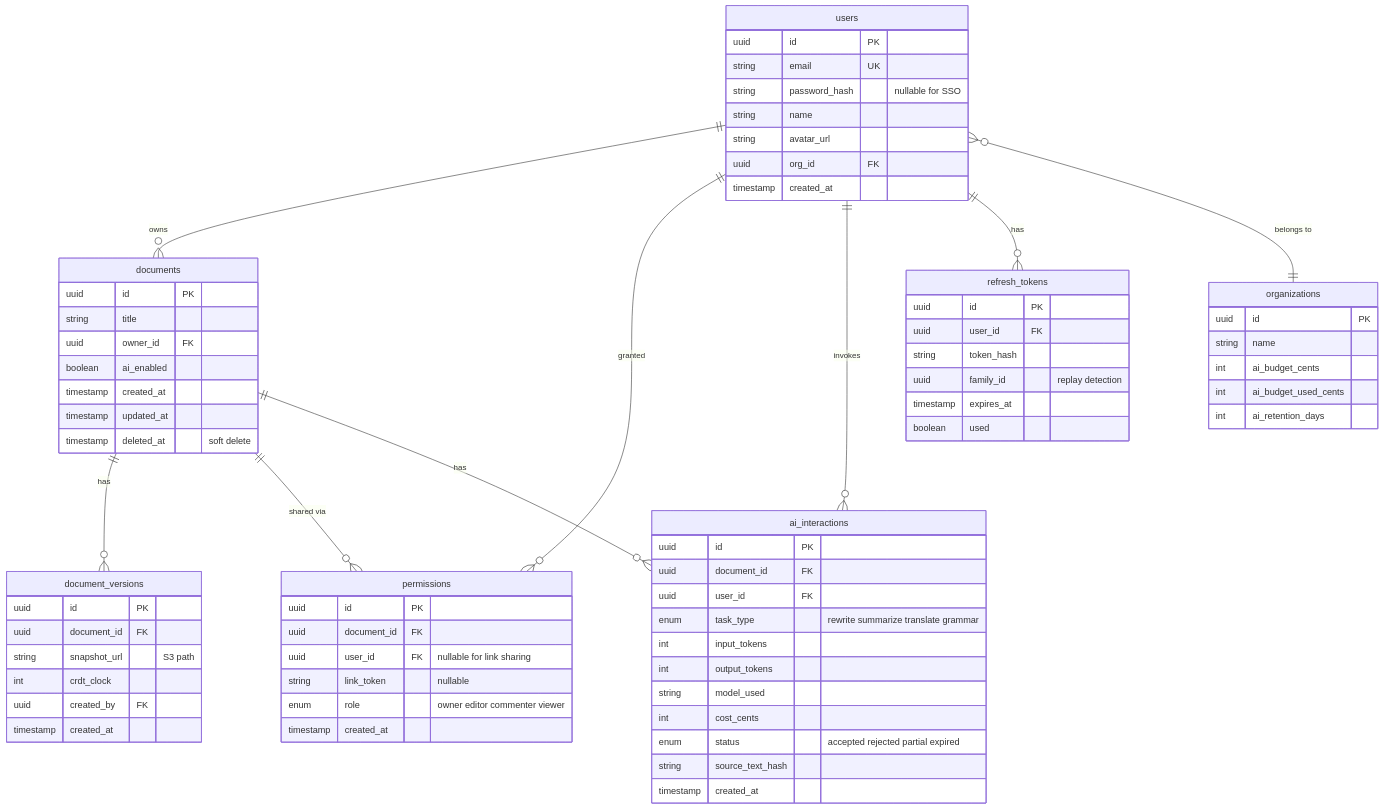
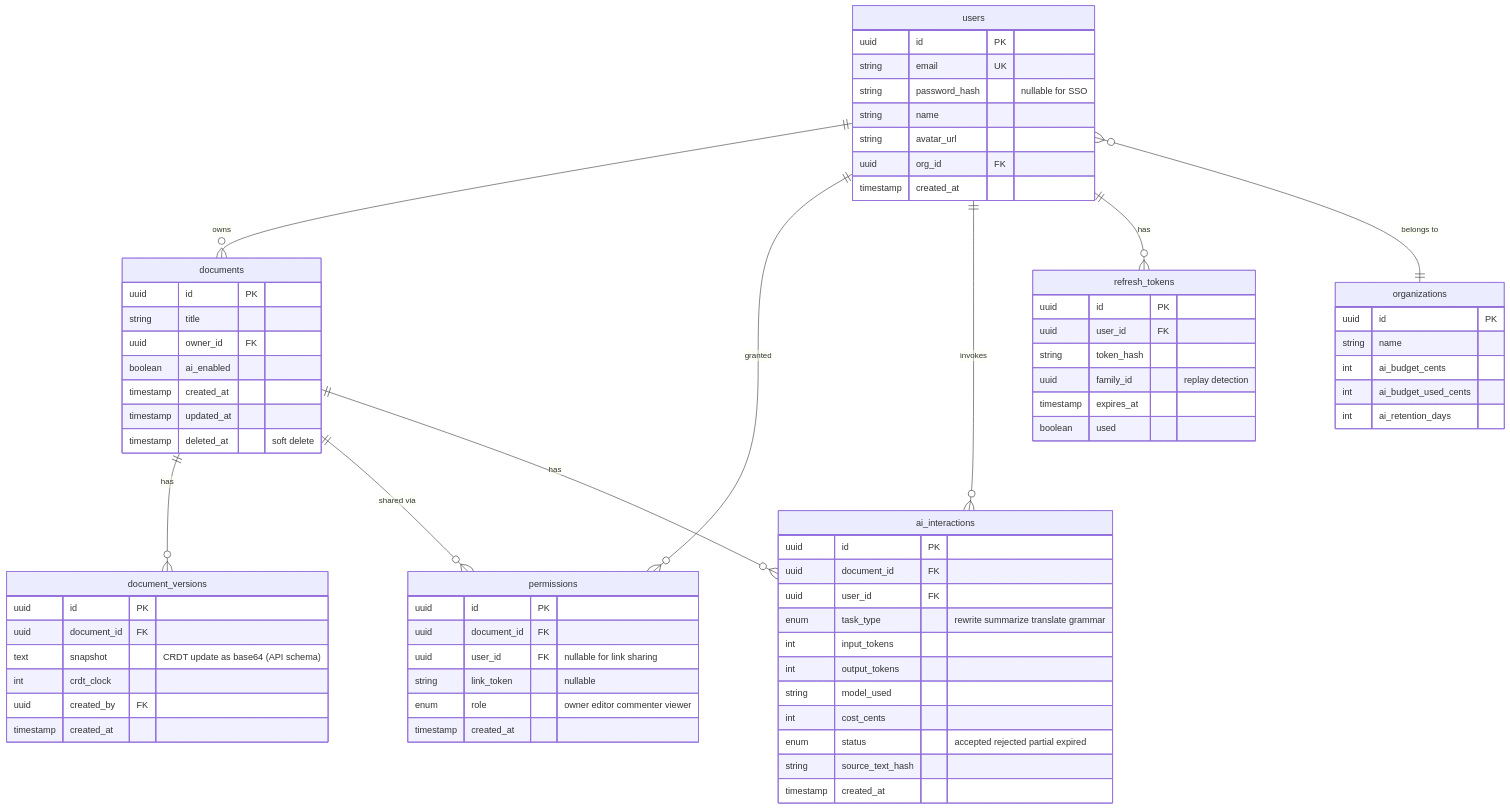
The diagram in diagrams/erd.mmd (lidox-org/lidox), drawn with Mermaid before and after one commit. The commit also changed 12 other files, not shown here.

First line of the commit message:
docs: add DEVIATIONS, architecture notes, demo script, align README and diagrams

```diff
--- a/diagrams/erd.mmd
+++ b/diagrams/erd.mmd
@@ -1,72 +1,72 @@
 erDiagram
     users ||--o{ documents : "owns"
     users ||--o{ permissions : "granted"
     users ||--o{ ai_interactions : "invokes"
     users ||--o{ refresh_tokens : "has"
     users }o--|| organizations : "belongs to"
     documents ||--o{ document_versions : "has"
     documents ||--o{ permissions : "shared via"
     documents ||--o{ ai_interactions : "has"
 
     users {
         uuid id PK
         string email UK
         string password_hash "nullable for SSO"
         string name
         string avatar_url
         uuid org_id FK
         timestamp created_at
     }
     organizations {
         uuid id PK
         string name
         int ai_budget_cents
         int ai_budget_used_cents
         int ai_retention_days
     }
     documents {
         uuid id PK
         string title
         uuid owner_id FK
         boolean ai_enabled
         timestamp created_at
         timestamp updated_at
         timestamp deleted_at "soft delete"
     }
     document_versions {
         uuid id PK
         uuid document_id FK
-        string snapshot_url "S3 path"
+        text snapshot "CRDT update as base64 (API schema)"
         int crdt_clock
         uuid created_by FK
         timestamp created_at
     }
     permissions {
         uuid id PK
         uuid document_id FK
         uuid user_id FK "nullable for link sharing"
         string link_token "nullable"
         enum role "owner editor commenter viewer"
         timestamp created_at
     }
     ai_interactions {
         uuid id PK
         uuid document_id FK
         uuid user_id FK
         enum task_type "rewrite summarize translate grammar"
         int input_tokens
         int output_tokens
         string model_used
         int cost_cents
         enum status "accepted rejected partial expired"
         string source_text_hash
         timestamp created_at
     }
     refresh_tokens {
         uuid id PK
         uuid user_id FK
         string token_hash
         uuid family_id "replay detection"
         timestamp expires_at
         boolean used
     }
```
